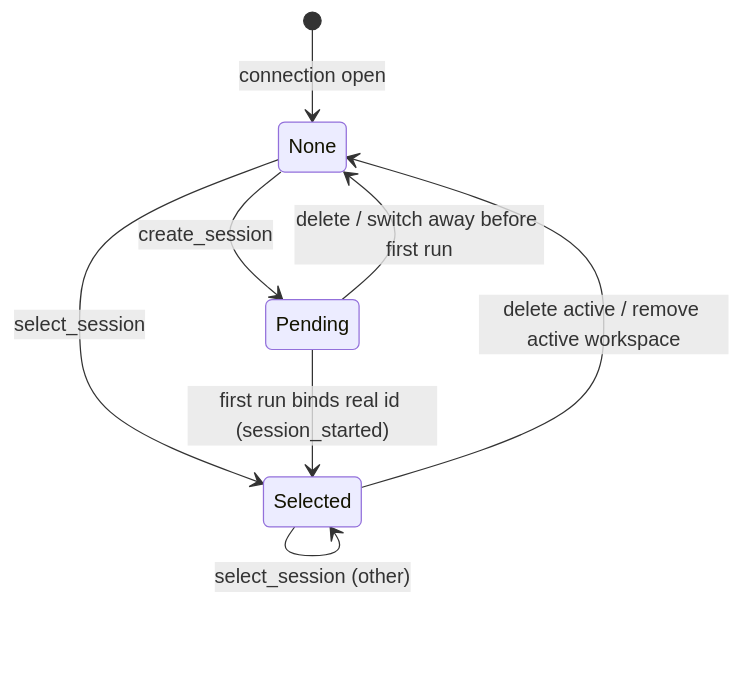
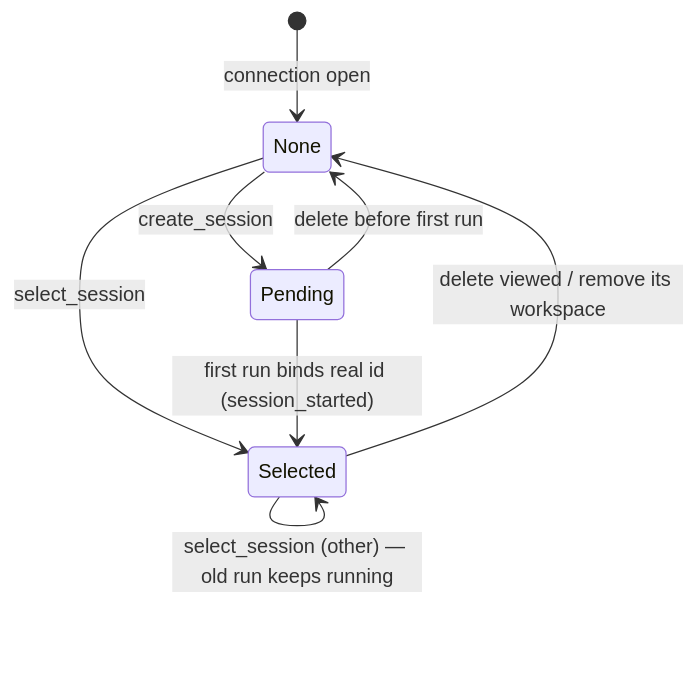
One commit to sequencestream/c3 changed the diagram in specs/domains/core/session-registry/spec.md. Above: the diagram before and after it, drawn with Mermaid. The commit also changed other lines of this file and 33 other files, not shown here.

````diff
--- a/specs/domains/core/session-registry/spec.md
+++ b/specs/domains/core/session-registry/spec.md
@@ -45,10 +51,10 @@
 ```mermaid
 stateDiagram-v2
     [*] --> None: connection open
     None --> Pending: create_session
     None --> Selected: select_session
     Pending --> Selected: first run binds real id (session_started)
-    Selected --> Selected: select_session (other)
-    Selected --> None: delete active / remove active workspace
-    Pending --> None: delete / switch away before first run
+    Selected --> Selected: select_session (other) — old run keeps running
+    Selected --> None: delete viewed / remove its workspace
+    Pending --> None: delete before first run
 ```
````
